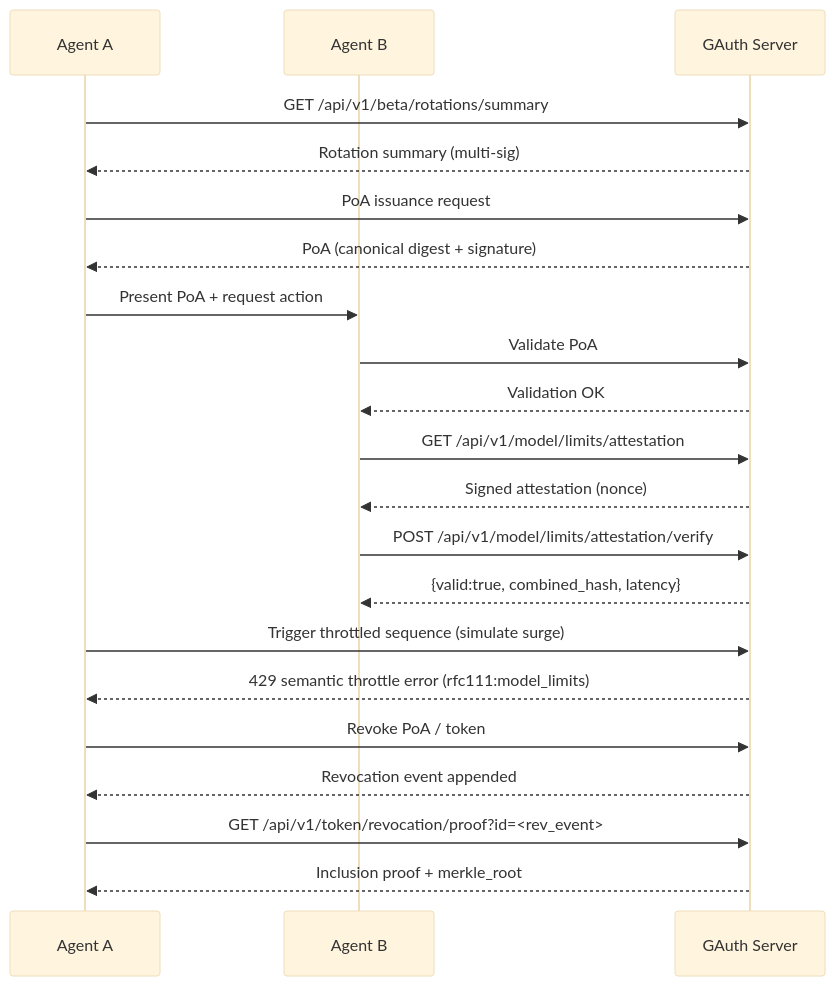
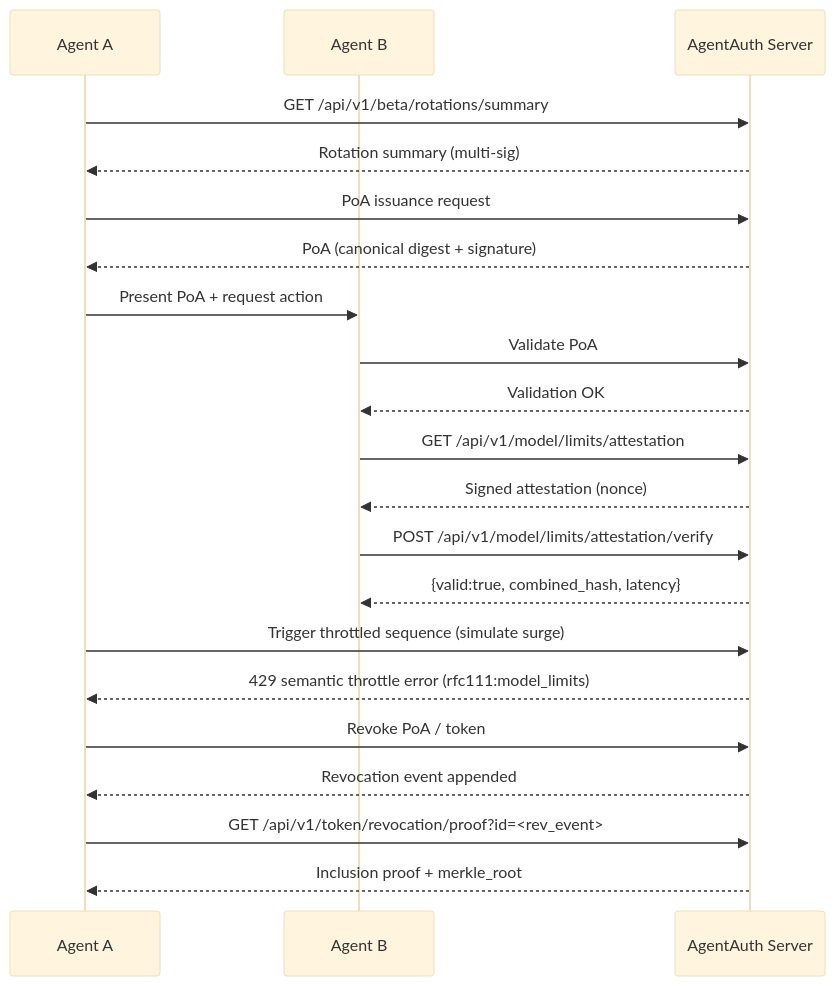
The first of 2 diagrams in docs/DEMO_ARCHITECTURE.md (mauriciomferz/Gauth_go), drawn with Mermaid (base theme) before and after one commit. The commit also changed other lines of this file and 1012 other files, not shown here.

Commit message:
legal: COMPLETE CLEAN ROOM SANITIZATION (Gimel -> AgentAuth)

````diff
--- a/docs/DEMO_ARCHITECTURE.md
+++ b/docs/DEMO_ARCHITECTURE.md
@@ -31,23 +31,23 @@
 ```mermaid
 sequenceDiagram
     participant A as Agent A
     participant B as Agent B
-    participant S as GAuth Server
+    participant S as AgentAuth Server
     A->>S: GET /api/v1/beta/rotations/summary
     S-->>A: Rotation summary (multi-sig)
     A->>S: PoA issuance request
     S-->>A: PoA (canonical digest + signature)
     A->>B: Present PoA + request action
     B->>S: Validate PoA
     S-->>B: Validation OK
     B->>S: GET /api/v1/model/limits/attestation
     S-->>B: Signed attestation (nonce)
     B->>S: POST /api/v1/model/limits/attestation/verify
     S-->>B: {valid:true, combined_hash, latency}
     A->>S: Trigger throttled sequence (simulate surge)
     S-->>A: 429 semantic throttle error (rfc111:model_limits)
     A->>S: Revoke PoA / token
     S-->>A: Revocation event appended
     A->>S: GET /api/v1/token/revocation/proof?id=<rev_event>
     S-->>A: Inclusion proof + merkle_root
 ```
````
